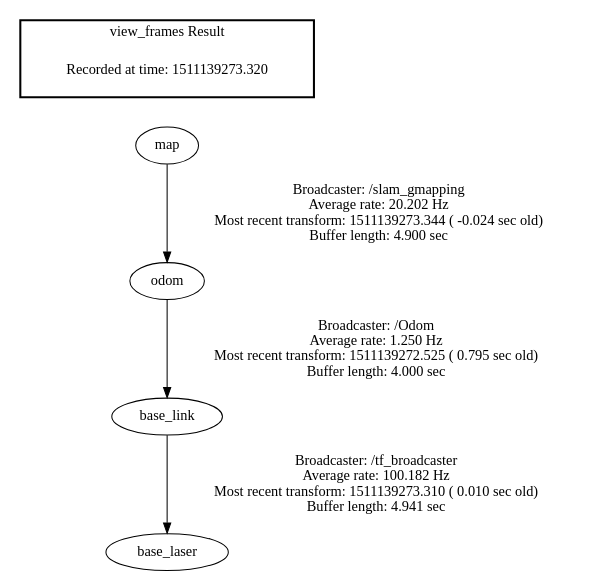
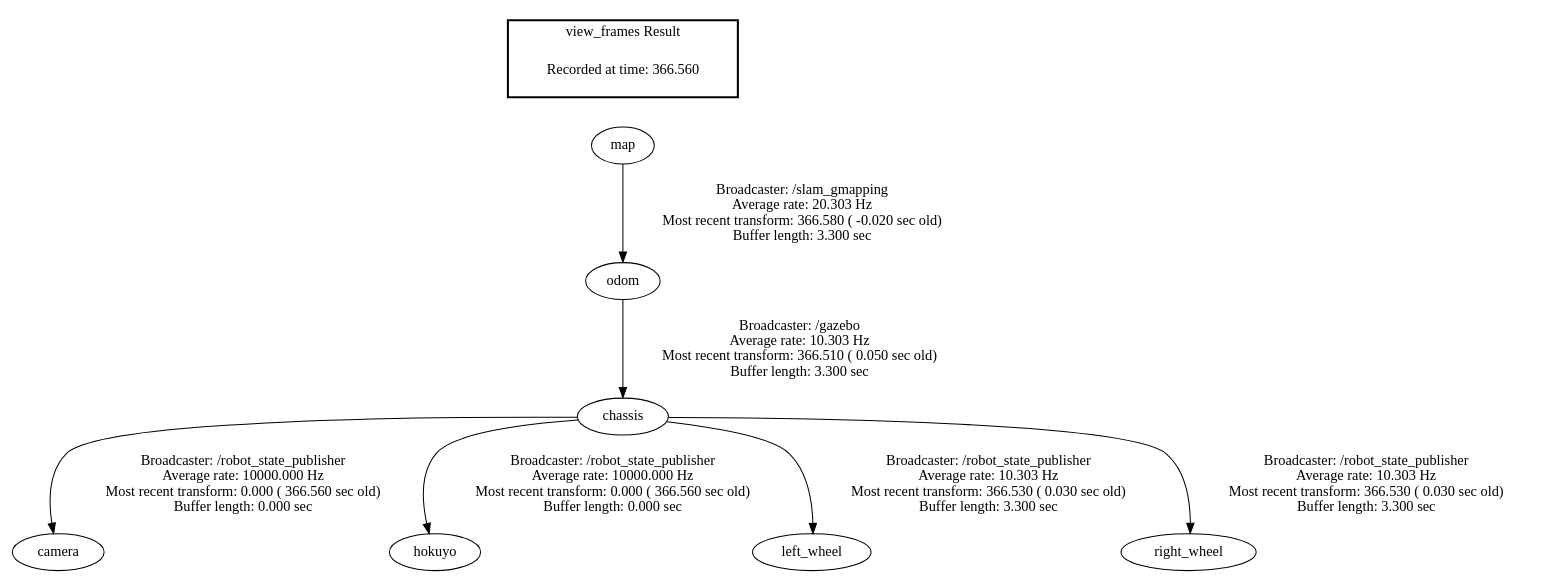
Before and after one commit to umigv/movebase: the diagram in navigation_stack/frames.gv, drawn with Graphviz. The commit also changed 23 other files, not shown here.

```diff
--- a/navigation_stack/frames.gv
+++ b/navigation_stack/frames.gv
@@ -1,9 +1,12 @@
 digraph G {
-"base_link" -> "base_laser"[label="Broadcaster: /tf_broadcaster\nAverage rate: 100.182 Hz\nMost recent transform: 1511139273.310 ( 0.010 sec old)\nBuffer length: 4.941 sec\n"];
-"odom" -> "base_link"[label="Broadcaster: /Odom\nAverage rate: 1.250 Hz\nMost recent transform: 1511139272.525 ( 0.795 sec old)\nBuffer length: 4.000 sec\n"];
-"map" -> "odom"[label="Broadcaster: /slam_gmapping\nAverage rate: 20.202 Hz\nMost recent transform: 1511139273.344 ( -0.024 sec old)\nBuffer length: 4.900 sec\n"];
+"chassis" -> "camera"[label="Broadcaster: /robot_state_publisher\nAverage rate: 10000.000 Hz\nMost recent transform: 0.000 ( 366.560 sec old)\nBuffer length: 0.000 sec\n"];
+"odom" -> "chassis"[label="Broadcaster: /gazebo\nAverage rate: 10.303 Hz\nMost recent transform: 366.510 ( 0.050 sec old)\nBuffer length: 3.300 sec\n"];
+"chassis" -> "hokuyo"[label="Broadcaster: /robot_state_publisher\nAverage rate: 10000.000 Hz\nMost recent transform: 0.000 ( 366.560 sec old)\nBuffer length: 0.000 sec\n"];
+"map" -> "odom"[label="Broadcaster: /slam_gmapping\nAverage rate: 20.303 Hz\nMost recent transform: 366.580 ( -0.020 sec old)\nBuffer length: 3.300 sec\n"];
+"chassis" -> "left_wheel"[label="Broadcaster: /robot_state_publisher\nAverage rate: 10.303 Hz\nMost recent transform: 366.530 ( 0.030 sec old)\nBuffer length: 3.300 sec\n"];
+"chassis" -> "right_wheel"[label="Broadcaster: /robot_state_publisher\nAverage rate: 10.303 Hz\nMost recent transform: 366.530 ( 0.030 sec old)\nBuffer length: 3.300 sec\n"];
 edge [style=invis];
  subgraph cluster_legend { style=bold; color=black; label ="view_frames Result";
-"Recorded at time: 1511139273.320"[ shape=plaintext ] ;
+"Recorded at time: 366.560"[ shape=plaintext ] ;
  }->"map";
 }
```
